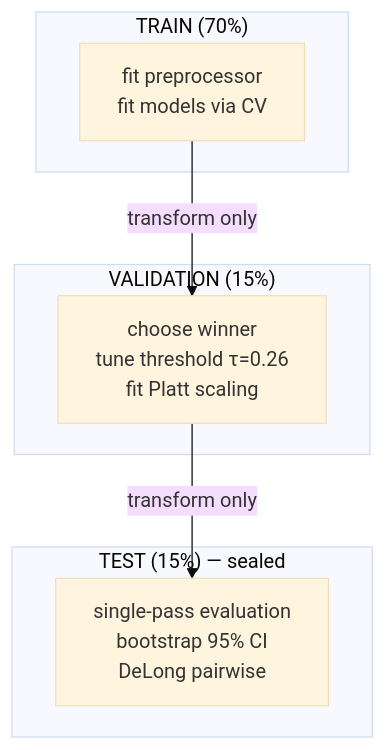
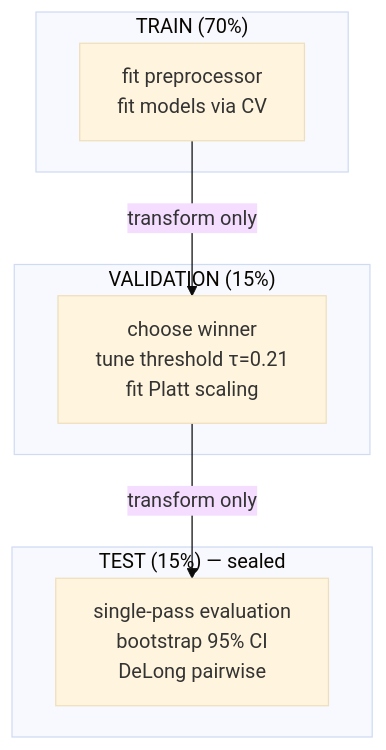
Before and after one commit to cyberstuck3/HormoBench-PCOS: the second of 2 diagrams in README.md, drawn with Mermaid (base theme). The commit also changed other lines of this file and 7 other files, not shown here.

````diff
--- a/README.md
+++ b/README.md
@@ -76,14 +78,14 @@
 ```mermaid
 flowchart TB
     subgraph train ["TRAIN (70%)"]
         T[fit preprocessor<br/>fit models via CV]
     end
     subgraph val ["VALIDATION (15%)"]
-        V[choose winner<br/>tune threshold τ=0.26<br/>fit Platt scaling]
+        V[choose winner<br/>tune threshold τ=0.21<br/>fit Platt scaling]
     end
     subgraph test ["TEST (15%) — sealed"]
         E[single-pass evaluation<br/>bootstrap 95% CI<br/>DeLong pairwise]
     end
     T -->|transform only| V
     V -->|transform only| E
 ```
````
